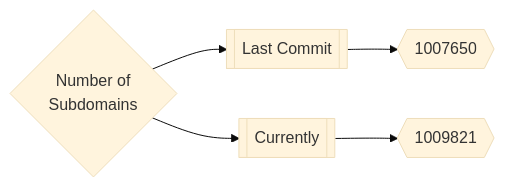
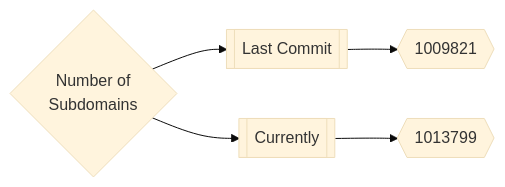
One commit to trickest/inventory changed the first of 3 diagrams in README.md. Above: the diagram before and after it, drawn with Mermaid (base theme). The commit also changed other lines of this file and 144 other files, not shown here.

````diff
--- a/README.md
+++ b/README.md
@@ -165,5 +165,5 @@
 ```mermaid
 graph LR
-title{Number of<br>Subdomains} --> subdomainsDate1[[Last Commit]] --> subdomainsNum1{{1007650}}
-title --> subdomainsDate2[[Currently]] --> subdomainsNum2{{1009821}}
+title{Number of<br>Subdomains} --> subdomainsDate1[[Last Commit]] --> subdomainsNum1{{1009821}}
+title --> subdomainsDate2[[Currently]] --> subdomainsNum2{{1013799}}
 ```
````
